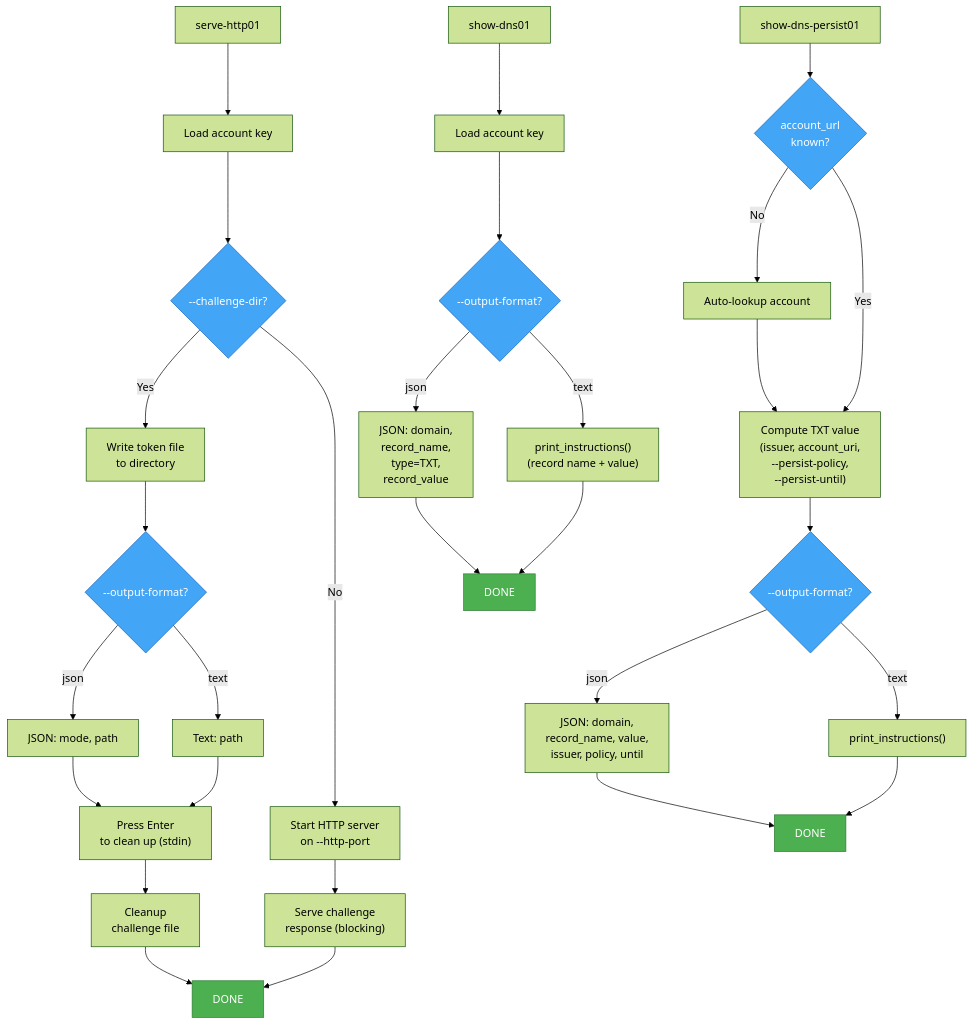
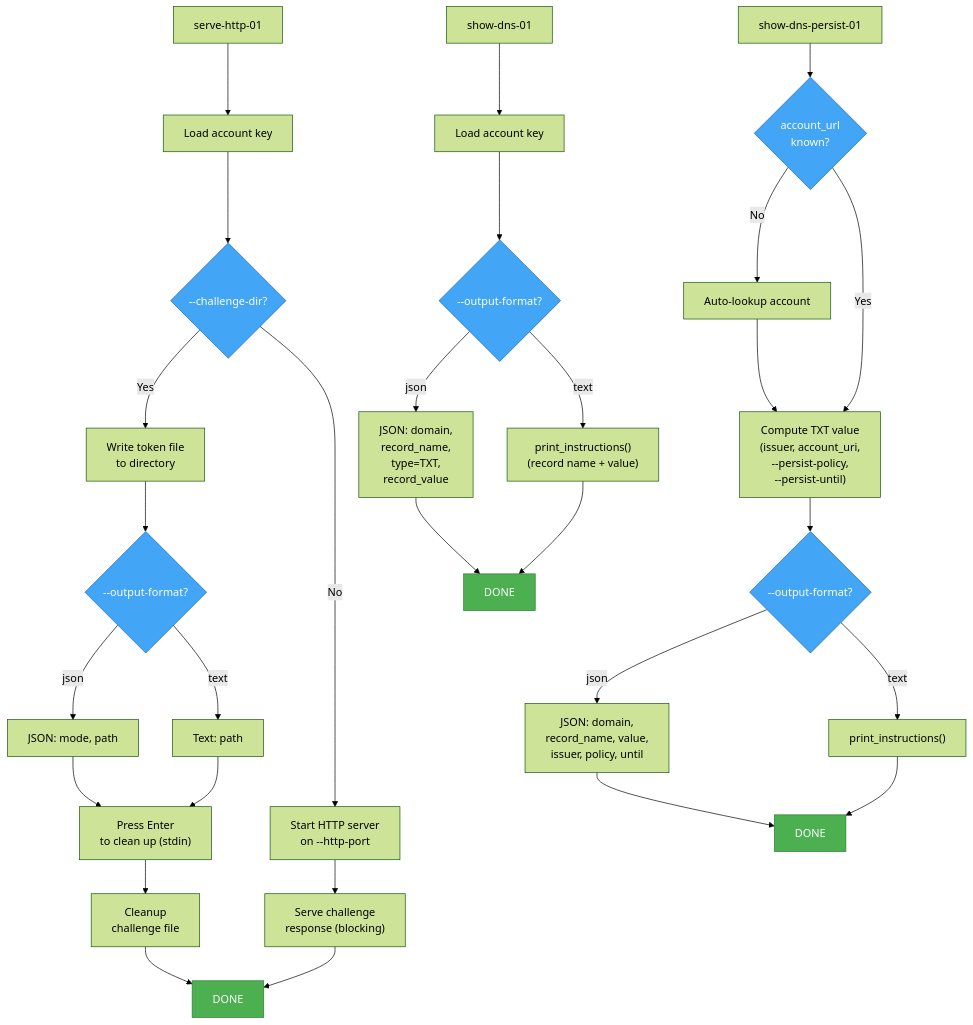
One commit to andrico21/acme-client-rs changed the seventh of 8 diagrams in PARAMETER-FLOW.md. Above: the diagram before and after it, drawn with Mermaid (forest theme). The commit also changed other lines of this file and 7 other files, not shown here.

````diff
--- a/PARAMETER-FLOW.md
+++ b/PARAMETER-FLOW.md
@@ -446,43 +446,43 @@
 ```mermaid
 graph TD
-    %% === serve-http01 ===
-    SH["serve-http01"] --> SH_LOAD["Load account key"]
+    %% === serve-http-01 ===
+    SH["serve-http-01"] --> SH_LOAD["Load account key"]
     SH_LOAD --> SH_MODE{"--challenge-dir?"}
 
     SH_MODE -- Yes --> SH_FILE["Write token file<br/>to directory"]
     SH_FILE --> SH_FILE_FMT{"--output-format?"}
     SH_FILE_FMT -- json --> SH_FILE_JSON["JSON: mode, path"]
     SH_FILE_FMT -- text --> SH_FILE_TEXT["Text: path"]
     SH_FILE_JSON --> SH_ENTER["Press Enter<br/>to clean up (stdin)"]
     SH_FILE_TEXT --> SH_ENTER
     SH_ENTER --> SH_CLEANUP["Cleanup<br/>challenge file"]
     SH_CLEANUP --> SH_DONE["DONE"]
 
     SH_MODE -- No --> SH_SERVER["Start HTTP server<br/>on --http-port"]
     SH_SERVER --> SH_SERVE["Serve challenge<br/>response (blocking)"]
     SH_SERVE --> SH_DONE
 
-    %% === show-dns01 ===
-    SD["show-dns01"] --> SD_LOAD["Load account key"]
+    %% === show-dns-01 ===
+    SD["show-dns-01"] --> SD_LOAD["Load account key"]
     SD_LOAD --> SD_FMT{"--output-format?"}
     SD_FMT -- json --> SD_JSON["JSON: domain,<br/>record_name,<br/>type=TXT,<br/>record_value"]
     SD_FMT -- text --> SD_TEXT["print_instructions()<br/>(record name + value)"]
     SD_JSON --> SD_DONE["DONE"]
     SD_TEXT --> SD_DONE
 
-    %% === show-dns-persist01 ===
-    SDP["show-dns-persist01"] --> SDP_URL{"account_url<br/>known?"}
+    %% === show-dns-persist-01 ===
+    SDP["show-dns-persist-01"] --> SDP_URL{"account_url<br/>known?"}
     SDP_URL -- No --> SDP_LOOKUP["Auto-lookup account"]
     SDP_URL -- Yes --> SDP_COMPUTE
     SDP_LOOKUP --> SDP_COMPUTE["Compute TXT value<br/>(issuer, account_uri,<br/>--persist-policy,<br/>--persist-until)"]
     SDP_COMPUTE --> SDP_FMT{"--output-format?"}
     SDP_FMT -- json --> SDP_JSON["JSON: domain,<br/>record_name, value,<br/>issuer, policy, until"]
     SDP_FMT -- text --> SDP_TEXT["print_instructions()"]
     SDP_JSON --> SDP_DONE["DONE"]
     SDP_TEXT --> SDP_DONE
 
     classDef success fill:#4caf50,color:white,stroke:#2e7d32
     classDef decision fill:#42a5f5,color:white,stroke:#1565c0
     class SH_DONE,SD_DONE,SDP_DONE success
     class SH_MODE,SH_FILE_FMT,SD_FMT,SDP_URL,SDP_FMT decision
 ```
````
